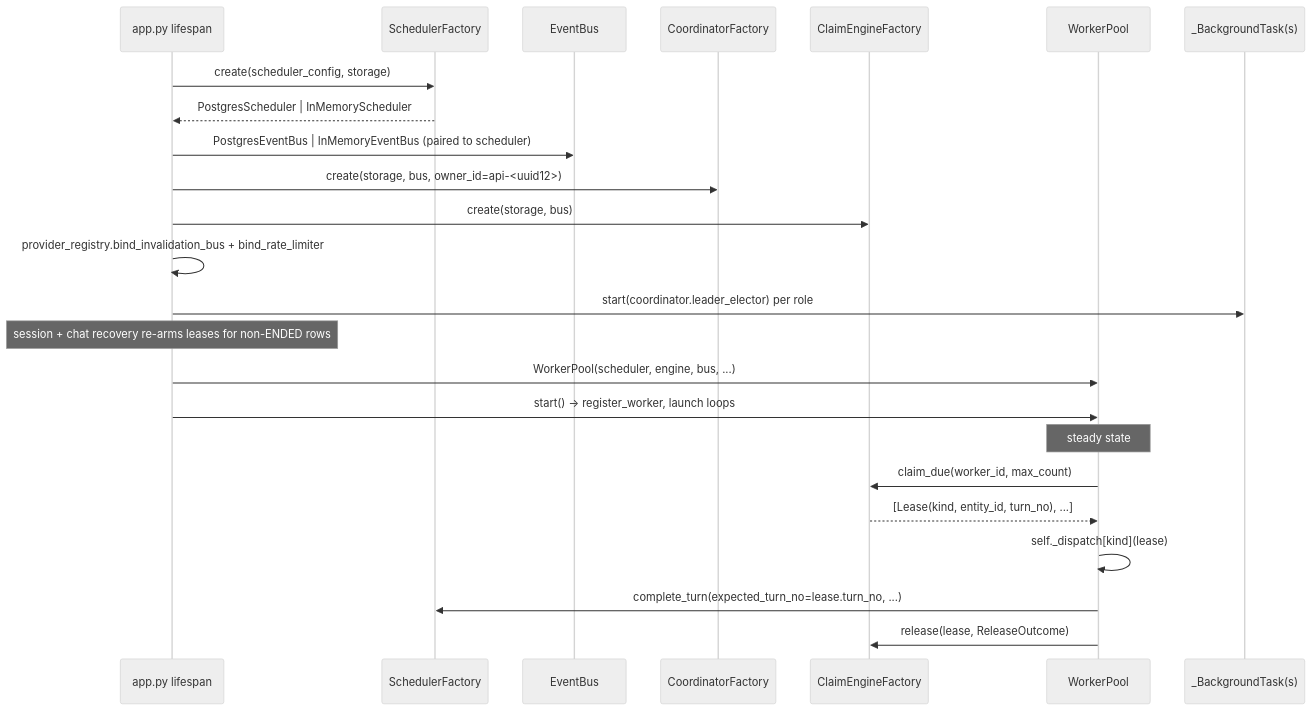
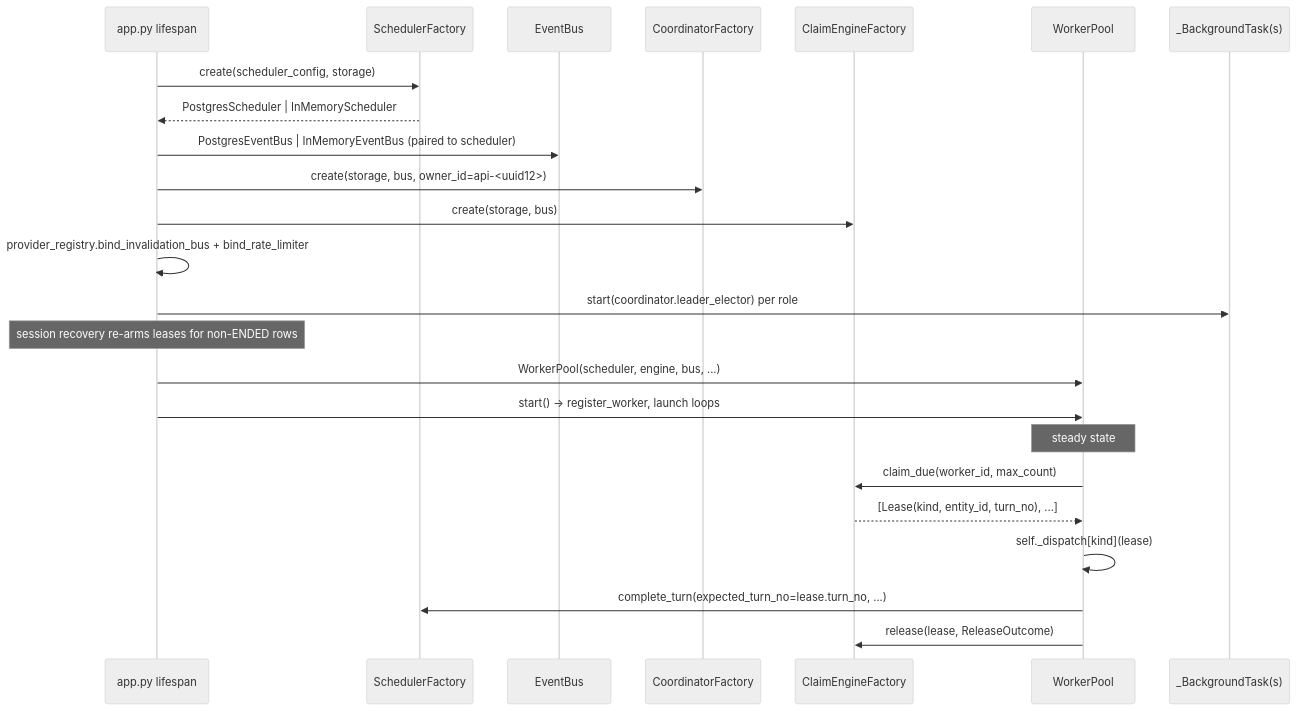
Before and after one commit to primerhq/primer: the second of 2 diagrams in docs/dev/architecture/worker-system.md, drawn with Mermaid (neutral theme). The commit also changed other lines of this file and 9 other files, not shown here.

First line of the commit message:
docs(dev): correct the architecture docs for the three-kind claim machine

````diff
--- a/docs/dev/architecture/worker-system.md
+++ b/docs/dev/architecture/worker-system.md
@@ -126,28 +124,28 @@
 ```mermaid
 sequenceDiagram
     participant Lifespan as app.py lifespan
     participant Sched as SchedulerFactory
     participant Bus as EventBus
     participant Coord as CoordinatorFactory
     participant Engine as ClaimEngineFactory
     participant Pool as WorkerPool
     participant BG as _BackgroundTask(s)
 
     Lifespan->>Sched: create(scheduler_config, storage)
     Sched-->>Lifespan: PostgresScheduler | InMemoryScheduler
     Lifespan->>Bus: PostgresEventBus | InMemoryEventBus (paired to scheduler)
     Lifespan->>Coord: create(storage, bus, owner_id=api-<uuid12>)
     Lifespan->>Engine: create(storage, bus)
     Lifespan->>Lifespan: provider_registry.bind_invalidation_bus + bind_rate_limiter
     Lifespan->>BG: start(coordinator.leader_elector) per role
-    Note over Lifespan: session + chat recovery re-arms leases for non-ENDED rows
+    Note over Lifespan: session recovery re-arms leases for non-ENDED rows
     Lifespan->>Pool: WorkerPool(scheduler, engine, bus, ...)
     Lifespan->>Pool: start() -> register_worker, launch loops
 
     Note over Pool: steady state
     Pool->>Engine: claim_due(worker_id, max_count)
     Engine-->>Pool: [Lease(kind, entity_id, turn_no), ...]
     Pool->>Pool: self._dispatch[kind](lease)
     Pool->>Sched: complete_turn(expected_turn_no=lease.turn_no, ...)
     Pool->>Engine: release(lease, ReleaseOutcome)
 ```
````
